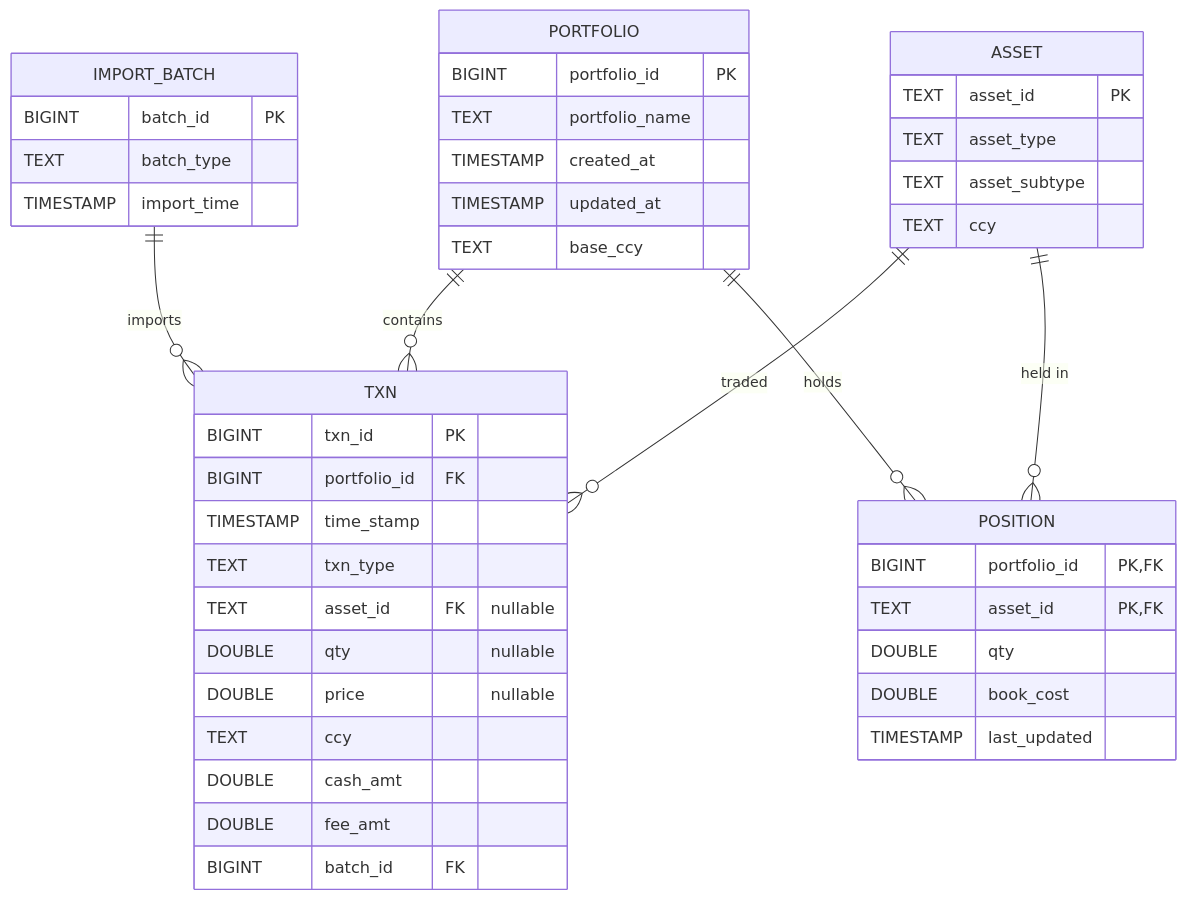
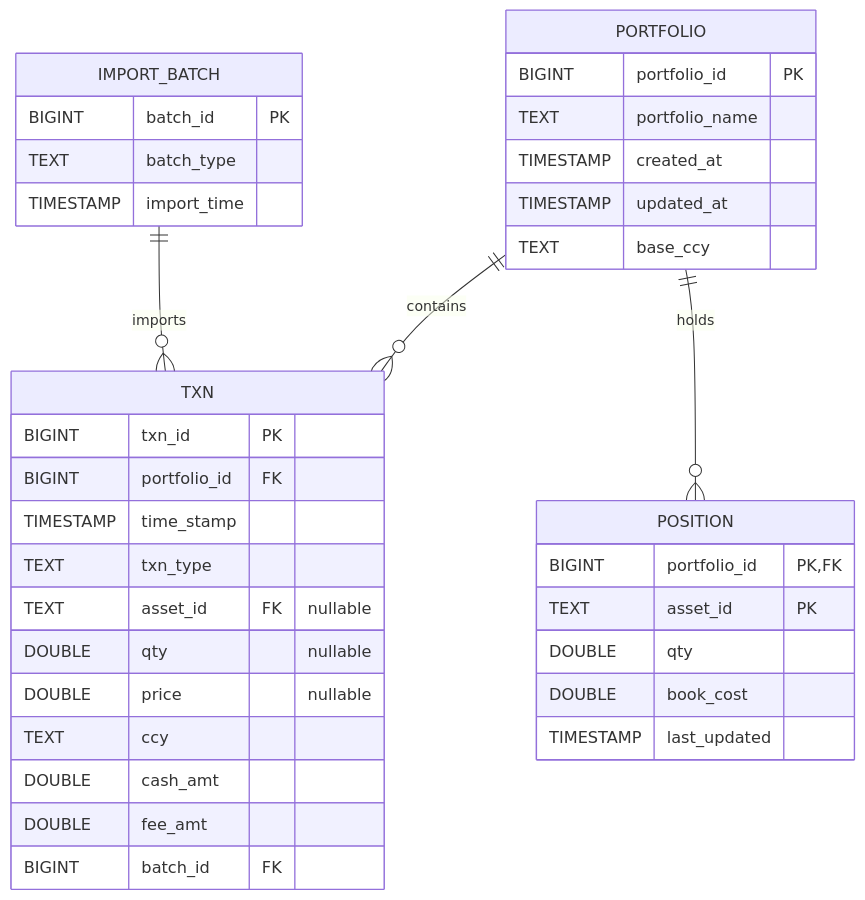
Before and after one commit to greadee/quaint_dash: the diagram in docs/erd/mermaid-code/erd_ph1.mmd, drawn with Mermaid. The commit also changed 1 other file, not shown here.

Commit message:
docs: remove Asset from phase 1 ER diagram

```diff
--- a/docs/erd/mermaid-code/erd_ph1.mmd
+++ b/docs/erd/mermaid-code/erd_ph1.mmd
@@ -1,52 +1,43 @@
 erDiagram
   PORTFOLIO ||--o{ TXN : contains
   IMPORT_BATCH ||--o{ TXN : imports
-  ASSET ||--o{ TXN : "traded"
   PORTFOLIO ||--o{ POSITION : holds
-  ASSET ||--o{ POSITION : "held in"
 
   PORTFOLIO {
     BIGINT portfolio_id PK
     TEXT portfolio_name
     TIMESTAMP created_at
     TIMESTAMP updated_at
     TEXT base_ccy
   }
 
-  ASSET {
-    TEXT asset_id PK
-    TEXT asset_type
-    TEXT asset_subtype
-    TEXT ccy
-  }
-
   POSITION {
     BIGINT portfolio_id PK, FK
-    TEXT asset_id PK, FK
+    TEXT asset_id PK
     DOUBLE qty
     DOUBLE book_cost
     TIMESTAMP last_updated
   }
 
   TXN {
     BIGINT txn_id PK
     BIGINT portfolio_id FK
     TIMESTAMP time_stamp
     TEXT txn_type
 
     TEXT asset_id FK "nullable"
     DOUBLE qty "nullable"
     DOUBLE price "nullable"
 
     TEXT ccy 
     DOUBLE cash_amt 
     DOUBLE fee_amt 
 
     BIGINT batch_id  FK
   }
 
   IMPORT_BATCH {
     BIGINT batch_id PK
     TEXT batch_type
     TIMESTAMP import_time
   }
```
